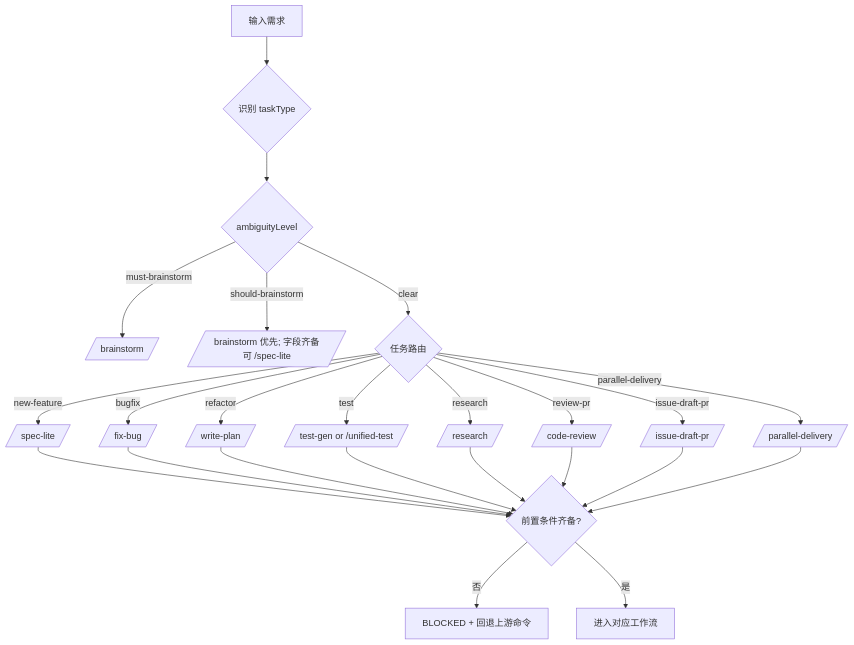
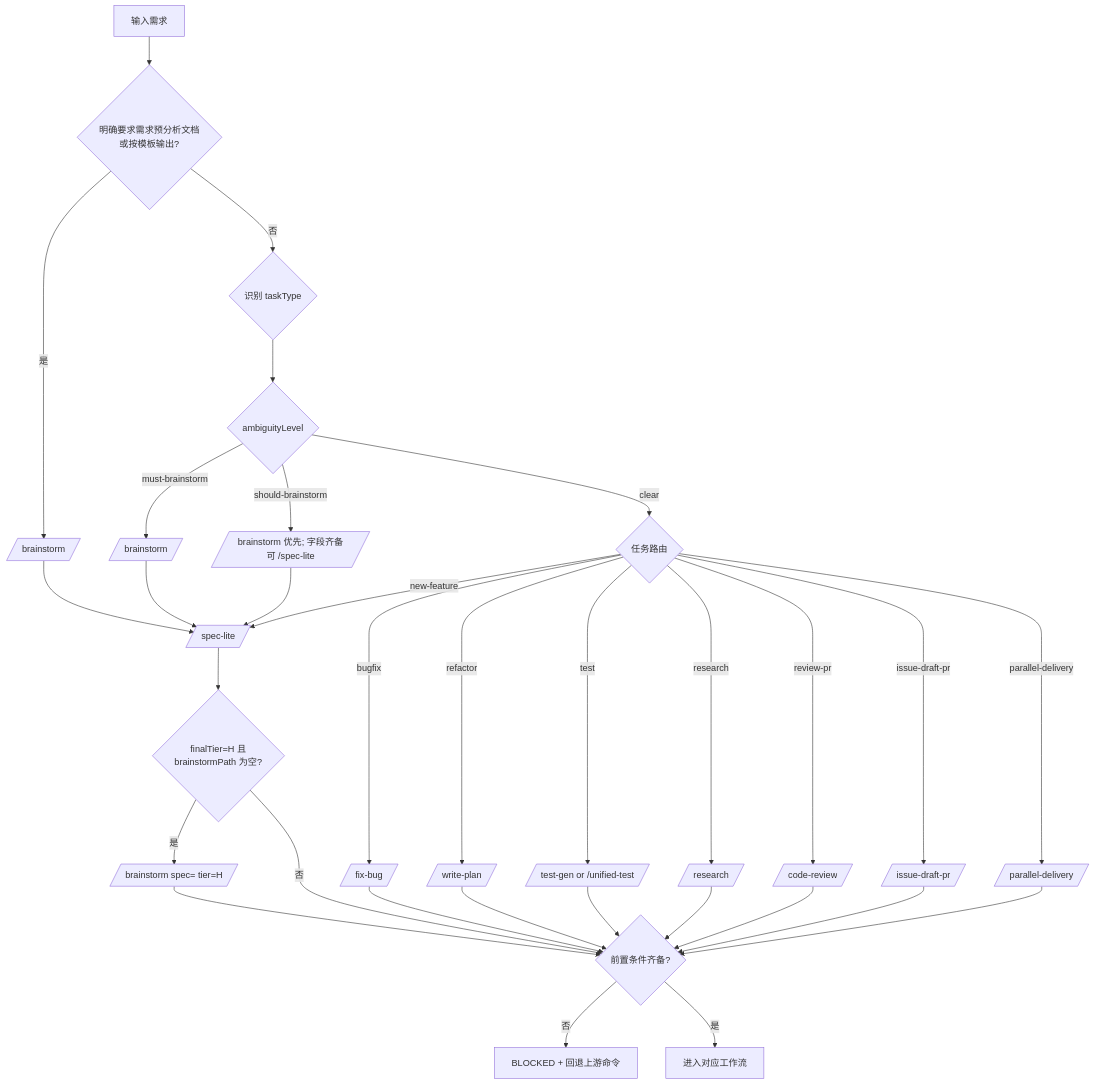
Before and after one commit to liujiaxin0010/superpowers-for-codebuddy: the second of 3 diagrams in docs/architecture/featureflow-architecture.md, drawn with Mermaid. The commit also changed other lines of this file and 33 other files, not shown here.

````diff
--- a/docs/architecture/featureflow-architecture.md
+++ b/docs/architecture/featureflow-architecture.md
@@ -39,30 +39,39 @@
 ```mermaid
 flowchart TD
-  I[输入需求] --> T{识别 taskType}
+  I[输入需求] --> D{明确要求需求预分析文档<br/>或按模板输出?}
+  D -->|是| B0[/brainstorm/]
+  D -->|否| T{识别 taskType}
   T --> A{ambiguityLevel}
 
   A -->|must-brainstorm| B1[/brainstorm/]
   A -->|should-brainstorm| B2[/brainstorm 优先; 字段齐备可 /spec-lite/]
   A -->|clear| R{任务路由}
 
   R -->|new-feature| C1[/spec-lite/]
   R -->|bugfix| C2[/fix-bug/]
   R -->|refactor| C3[/write-plan/]
   R -->|test| C4[/test-gen or /unified-test/]
   R -->|research| C5[/research/]
   R -->|review-pr| C6[/code-review/]
   R -->|issue-draft-pr| C7[/issue-draft-pr/]
   R -->|parallel-delivery| C8[/parallel-delivery/]
 
-  C1 --> P{前置条件齐备?}
+  B0 --> C1
+  B1 --> C1
+  B2 --> C1
+
+  C1 --> H{finalTier=H 且<br/>brainstormPath 为空?}
+  H -->|是| B3[/brainstorm spec=<specPath> tier=H/]
+  H -->|否| P{前置条件齐备?}
+  B3 --> P
   C2 --> P
   C3 --> P
   C4 --> P
   C5 --> P
   C6 --> P
   C7 --> P
   C8 --> P
 
   P -->|否| BLK[BLOCKED + 回退上游命令]
   P -->|是| OK[进入对应工作流]
 ```
````
